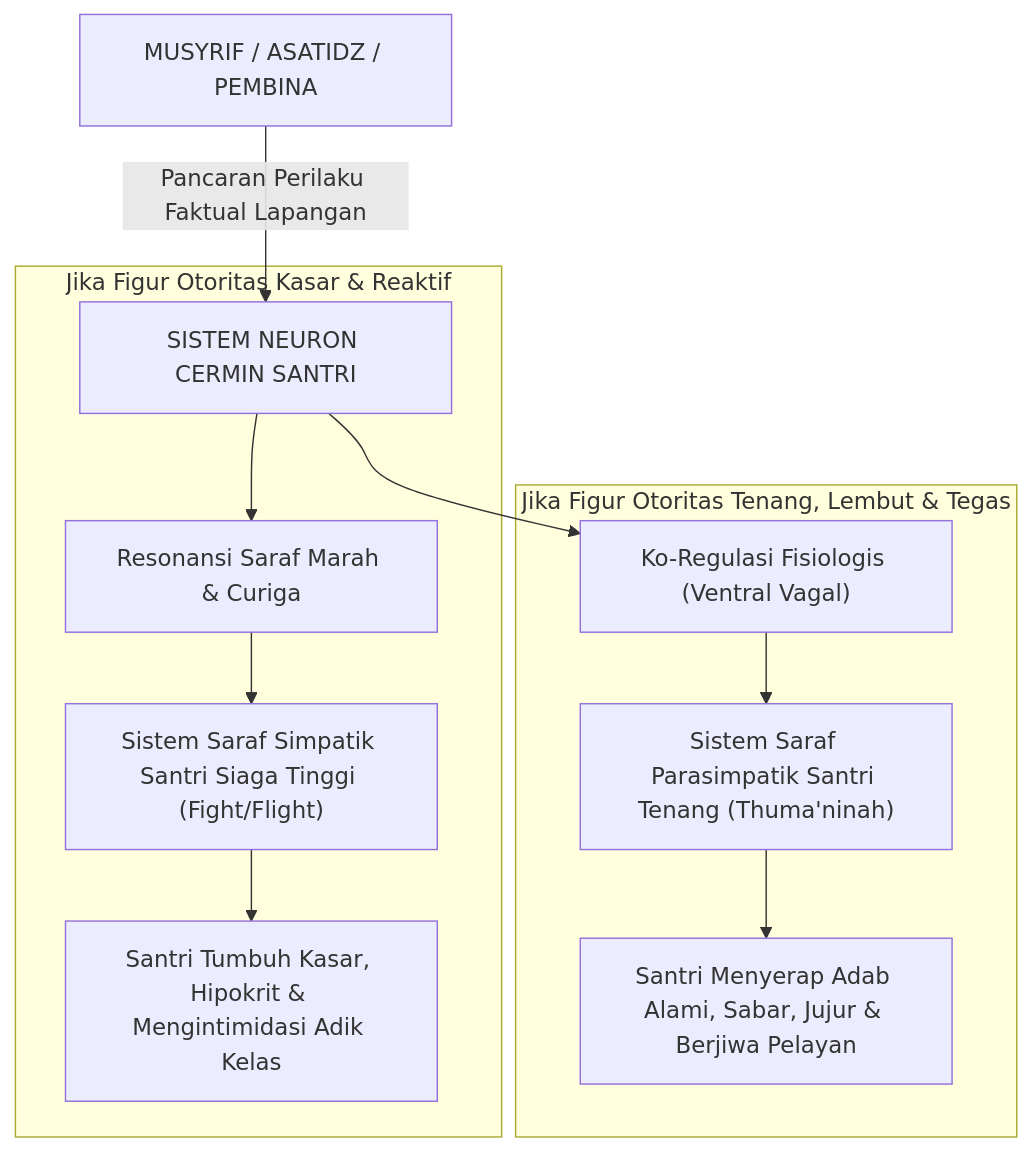
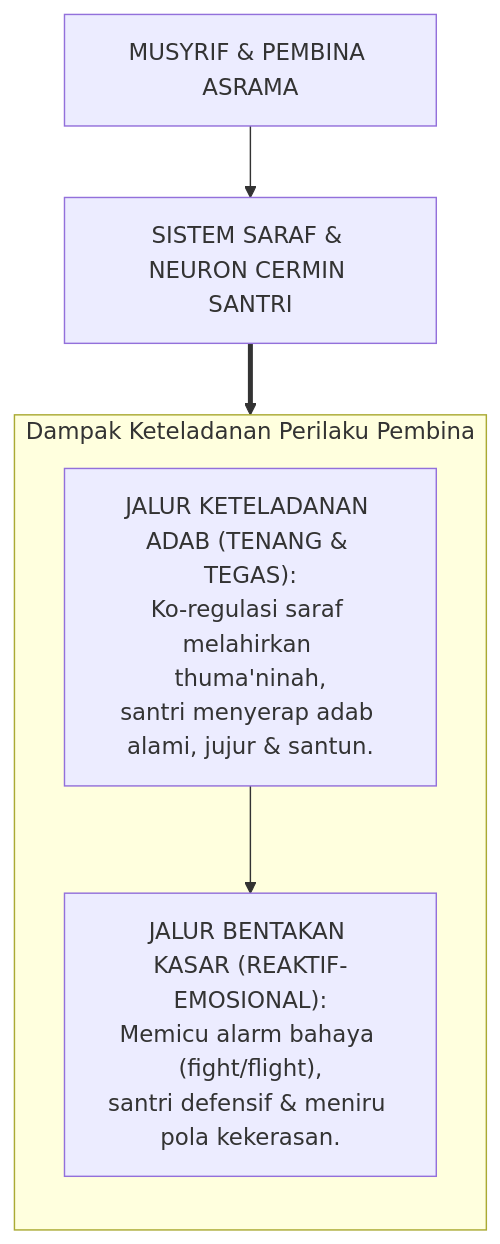
The second of 4 diagrams in BOOK Series 1/01-The-Fundamental-of-TUMBUH/Bab-06-Falsafah-Tarbiyah-Tadib-dan-Ekosistem-Keteladanan.md (wandiapriliyandi/tumbuh), drawn with Mermaid before and after one commit. The commit also changed other lines of this file and 35 other files, not shown here.

Commit message:
fix(book-01): optimasi keterbacaan diagram mermaid pada seluruh bab dan perbarui 20 file PDF

````diff
--- a/BOOK Series 1/01-The-Fundamental-of-TUMBUH/Bab-06-Falsafah-Tarbiyah-Tadib-dan-Ekosistem-Keteladanan.md
+++ b/BOOK Series 1/01-The-Fundamental-of-TUMBUH/Bab-06-Falsafah-Tarbiyah-Tadib-dan-Ekosistem-Keteladanan.md
@@ -107,16 +105,13 @@
 ```mermaid
 graph TD
-    A["MUSYRIF / ASATIDZ / PEMBINA"] -->|Pancaran Perilaku Faktual Lapangan| B["SISTEM NEURON CERMIN SANTRI"]
+    A["MUSYRIF & PEMBINA ASRAMA"]
+    --> B["SISTEM SARAF & NEURON CERMIN SANTRI"]
     
-    subgraph JALUR_KASAR["Jika Figur Otoritas Kasar & Reaktif"]
-        B --> C1["Resonansi Saraf Marah & Curiga"]
-        C1 --> D1["Sistem Saraf Simpatik Santri Siaga Tinggi (Fight/Flight)"]
-        D1 --> E1["Santri Tumbuh Kasar, Hipokrit & Mengintimidasi Adik Kelas"]
+    subgraph MODEL_TRANSFORMASI_ADAB["Dampak Keteladanan Perilaku Pembina"]
+        direction TB
+        Q["JALUR KETELADANAN ADAB (TENANG & TEGAS):<br/>Ko-regulasi saraf melahirkan thuma'ninah,<br/>santri menyerap adab alami, jujur & santun."]
+        --> K["JALUR BENTAKAN KASAR (REAKTIF-EMOSIONAL):<br/>Memicu alarm bahaya (fight/flight),<br/>santri defensif & meniru pola kekerasan."]
     end
-    
-    subgraph JALUR_QUDWAH["Jika Figur Otoritas Tenang, Lembut & Tegas"]
-        B --> C2["Ko-Regulasi Fisiologis (Ventral Vagal)"]
-        C2 --> D2["Sistem Saraf Parasimpatik Santri Tenang (Thuma'ninah)"]
-        D2 --> E2["Santri Menyerap Adab Alami, Sabar, Jujur & Berjiwa Pelayan"]
-    end
+
+    B ==> MODEL_TRANSFORMASI_ADAB
 ```
````
